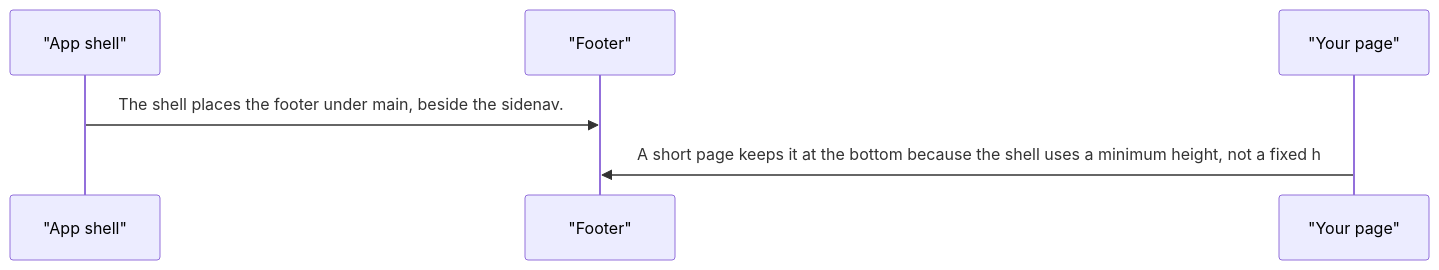
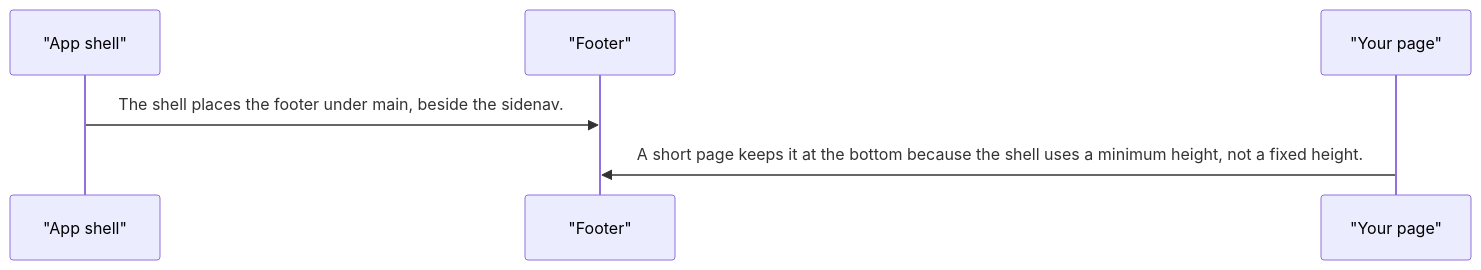
Before and after one commit to RajshekharBorate/pixel-ui: the third of 3 diagrams in projects/pixel-ui/src/lib/pixel-footer/DESIGN.md, drawn with Mermaid. The commit also changed 80 other files, not shown here.

Commit message:
Fill missing design flows and correct the stories that did not match component behavior.

````diff
--- a/projects/pixel-ui/src/lib/pixel-footer/DESIGN.md
+++ b/projects/pixel-ui/src/lib/pixel-footer/DESIGN.md
@@ -53,8 +53,8 @@
 ```mermaid
 sequenceDiagram
   participant shell as "App shell"
   participant footer as "Footer"
   participant page as "Your page"
   shell->>footer: The shell places the footer under main, beside the sidenav.
-  page->>footer: A short page keeps it at the bottom because the shell uses a minimum height, not a fixed h
+  page->>footer: A short page keeps it at the bottom because the shell uses a minimum height, not a fixed height.
 ```
````
